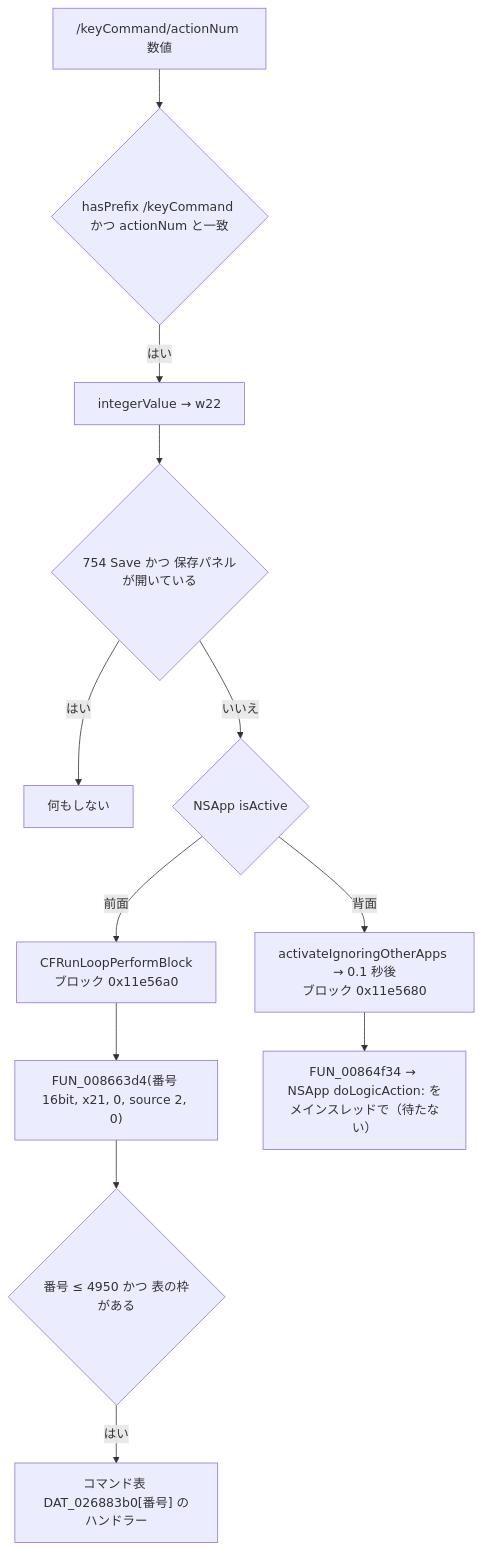
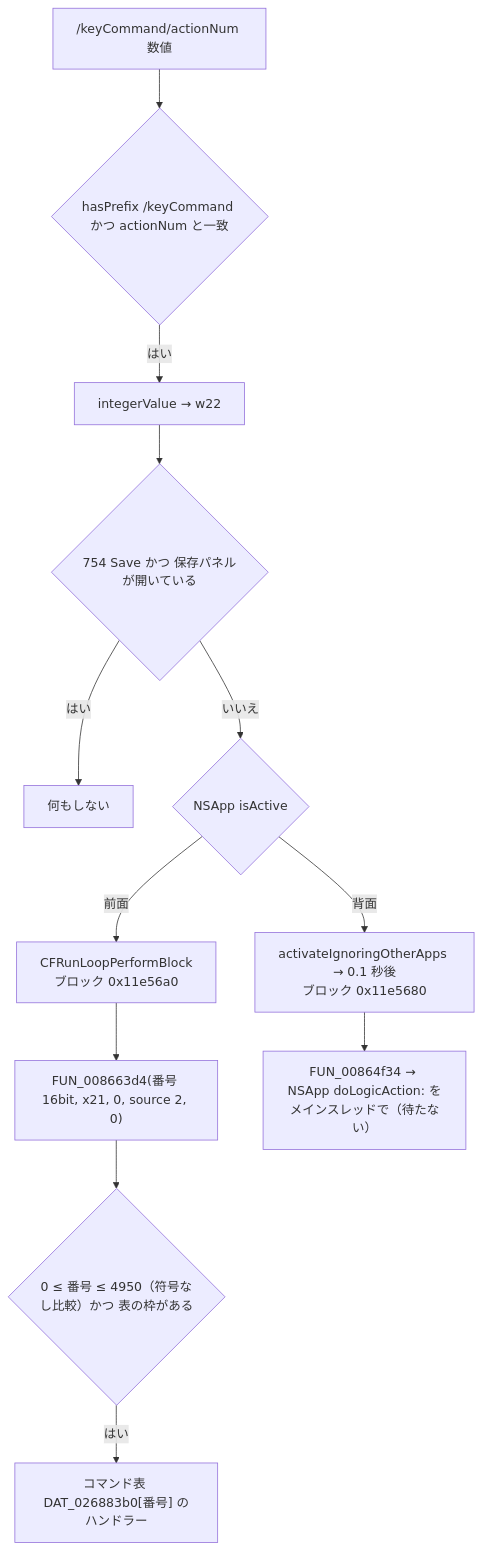
One commit to uniuninaruru/logic-pro-ctl changed the diagram in Research/static-analysis/SA-REMOTE-KEYCOMMAND-001.md. Above: the diagram before and after it, drawn with Mermaid. The commit also changed other lines of this file and 5 other files, not shown here.

````diff
--- a/Research/static-analysis/SA-REMOTE-KEYCOMMAND-001.md
+++ b/Research/static-analysis/SA-REMOTE-KEYCOMMAND-001.md
@@ -26,14 +26,14 @@
 ```mermaid
 flowchart TD
     A["/keyCommand/actionNum 数値"] --> B{"hasPrefix /keyCommand かつ actionNum と一致"}
     B -->|はい| C["integerValue → w22"]
     C --> D{"754 Save かつ 保存パネルが開いている"}
     D -->|はい| X["何もしない"]
     D -->|いいえ| E{"NSApp isActive"}
     E -->|前面| F["CFRunLoopPerformBlock<br/>ブロック 0x11e56a0"]
     F --> G["FUN_008663d4(番号 16bit, x21, 0, source 2, 0)"]
     E -->|背面| H["activateIgnoringOtherApps → 0.1 秒後<br/>ブロック 0x11e5680"]
     H --> I["FUN_00864f34 → NSApp doLogicAction: をメインスレッドで（待たない）"]
-    G --> J{"番号 ≤ 4950 かつ 表の枠がある"}
+    G --> J{"0 ≤ 番号 ≤ 4950（符号なし比較）かつ 表の枠がある"}
     J -->|はい| K["コマンド表 DAT_026883b0[番号] のハンドラー"]
 ```
````
